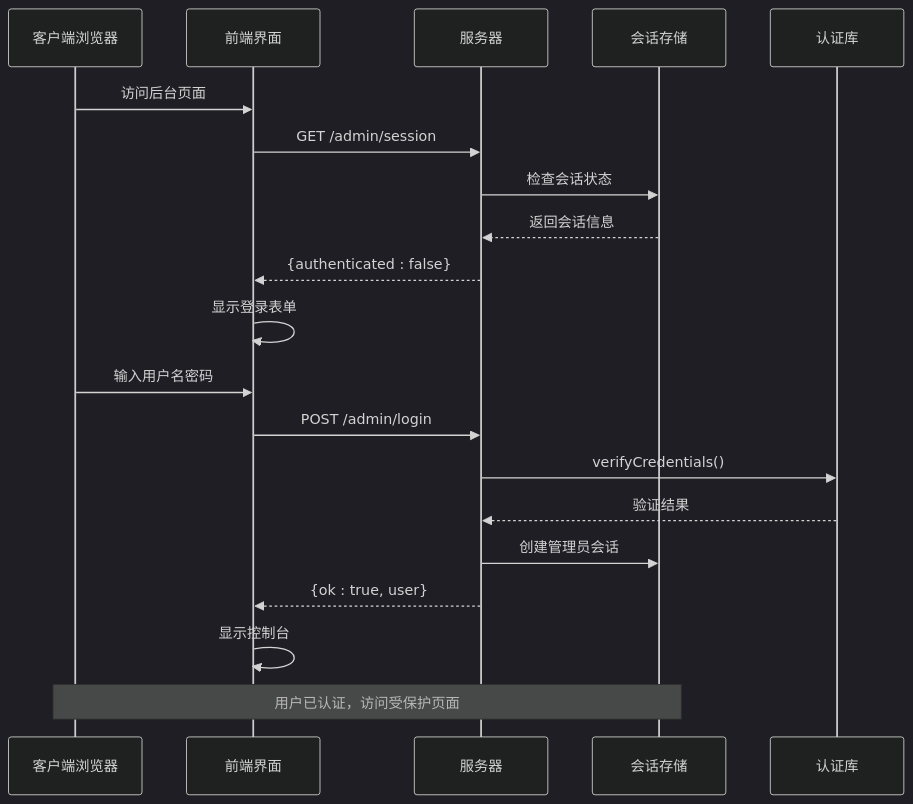
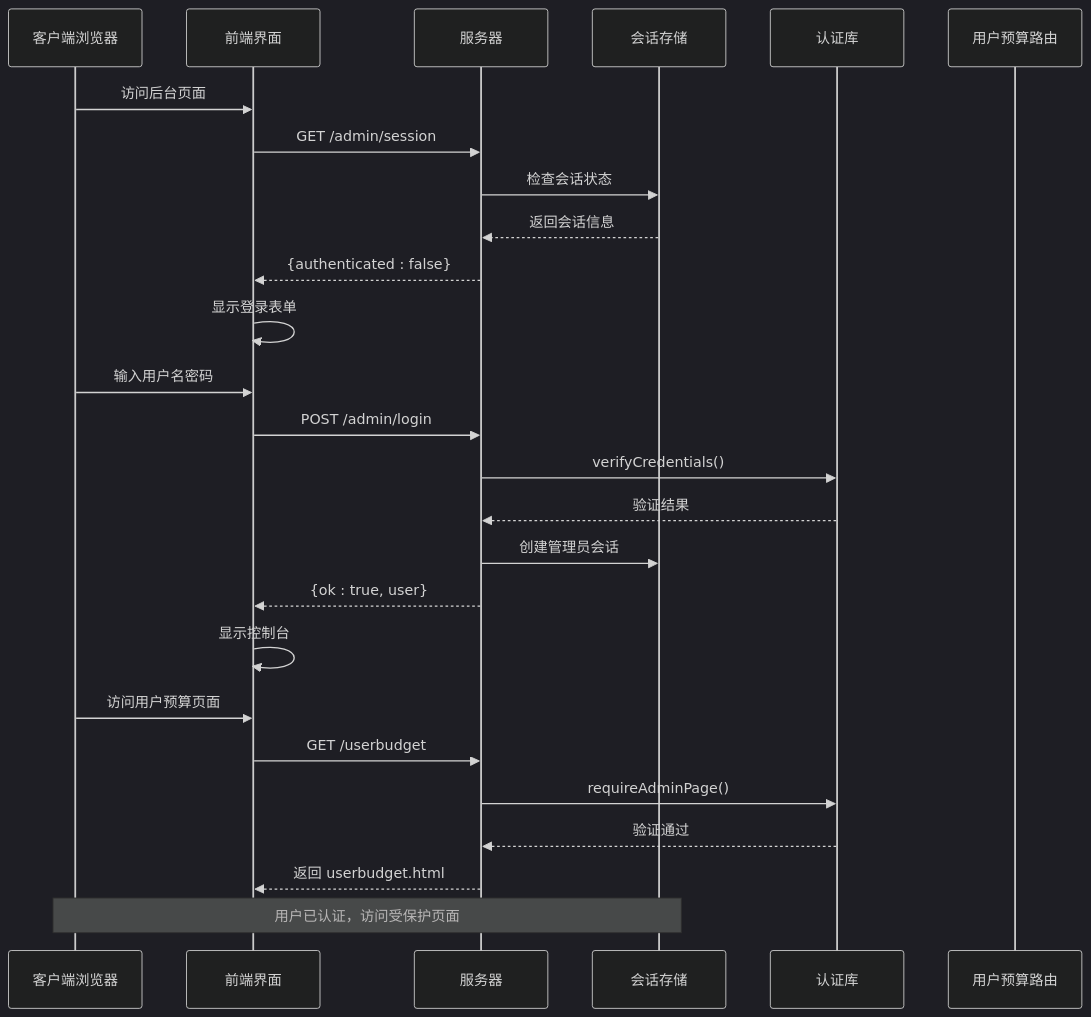
One commit to kissingwolf/CopilotEnterpriseUsageDisplay changed the second of 5 diagrams in .qoder/repowiki/zh/content/核心模块/管理员认证系统.md. Above: the diagram before and after it, drawn with Mermaid (dark theme). The commit also changed other lines of this file and 4 other files, not shown here.

First line of the commit message:
docs(wiki): update repowiki content with user budget system and admin auth modules

````diff
--- a/.qoder/repowiki/zh/content/核心模块/管理员认证系统.md
+++ b/.qoder/repowiki/zh/content/核心模块/管理员认证系统.md
@@ -131,22 +190,28 @@
 ```mermaid
 sequenceDiagram
 participant Client as 客户端浏览器
 participant Frontend as 前端界面
 participant Server as 服务器
 participant Session as 会话存储
 participant AuthLib as 认证库
+participant UserBudgetRoute as 用户预算路由
 Client->>Frontend : 访问后台页面
 Frontend->>Server : GET /admin/session
 Server->>Session : 检查会话状态
 Session-->>Server : 返回会话信息
 Server-->>Frontend : {authenticated : false}
 Frontend->>Frontend : 显示登录表单
 Client->>Frontend : 输入用户名密码
 Frontend->>Server : POST /admin/login
 Server->>AuthLib : verifyCredentials()
 AuthLib-->>Server : 验证结果
 Server->>Session : 创建管理员会话
 Server-->>Frontend : {ok : true, user}
 Frontend->>Frontend : 显示控制台
+Client->>Frontend : 访问用户预算页面
+Frontend->>Server : GET /userbudget
+Server->>AuthLib : requireAdminPage()
+AuthLib-->>Server : 验证通过
+Server-->>Frontend : 返回 userbudget.html
 Note over Client,Session : 用户已认证，访问受保护页面
 ```
````
